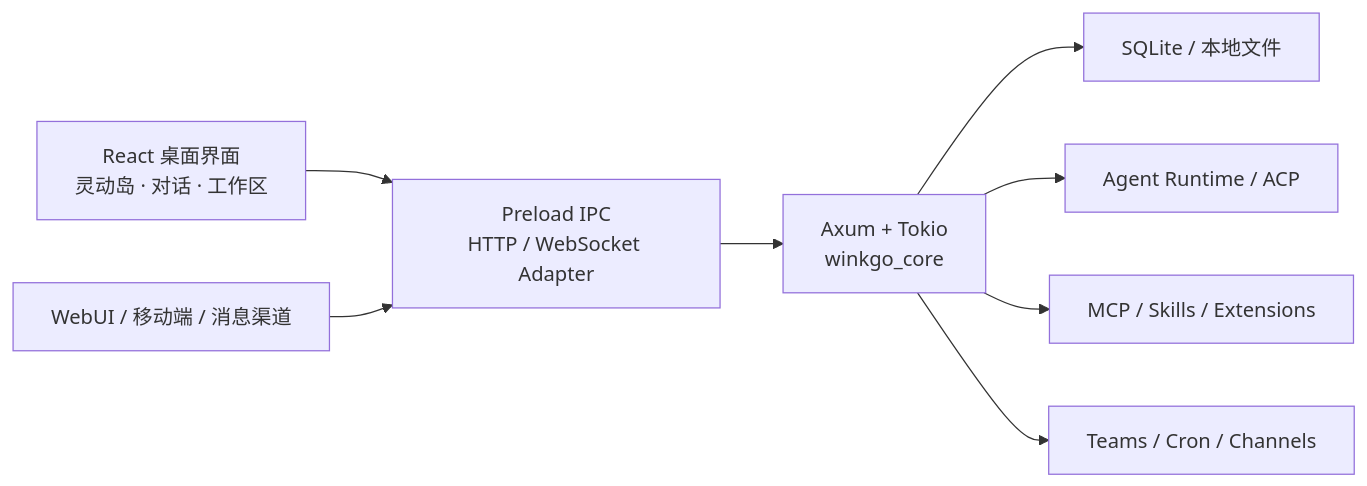
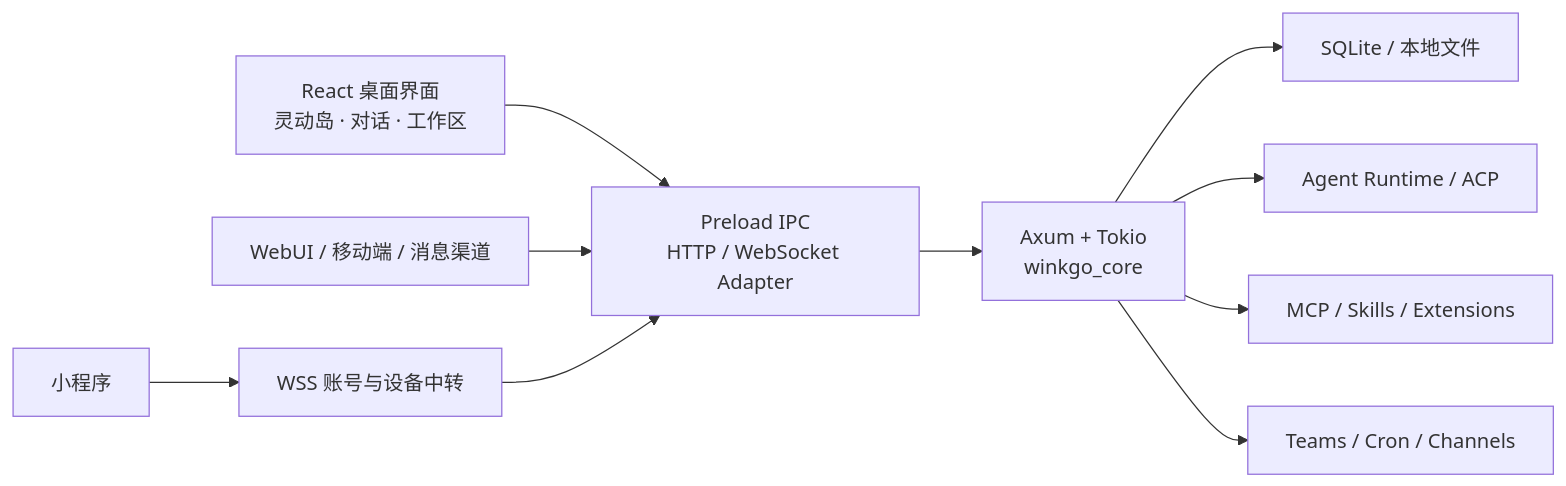
The second of 2 diagrams in readme.md (WINKGO/WinkGo), drawn with Mermaid before and after one commit. The commit also changed other lines of this file and 2416 other files, not shown here.

````diff
--- a/readme.md
+++ b/readme.md
@@ -86,10 +111,12 @@
 ```mermaid
 flowchart LR
     UI["React 桌面界面<br/>灵动岛 · 对话 · 工作区"] --> IPC["Preload IPC<br/>HTTP / WebSocket Adapter"]
     WEB["WebUI / 移动端 / 消息渠道"] --> IPC
+    MINI["小程序"] --> RELAY["WSS 账号与设备中转"]
+    RELAY --> IPC
     IPC --> CORE["Axum + Tokio<br/>winkgo_core"]
     CORE --> DATA["SQLite / 本地文件"]
     CORE --> AGENT["Agent Runtime / ACP"]
     CORE --> MCP["MCP / Skills / Extensions"]
     CORE --> AUTO["Teams / Cron / Channels"]
 ```
````
